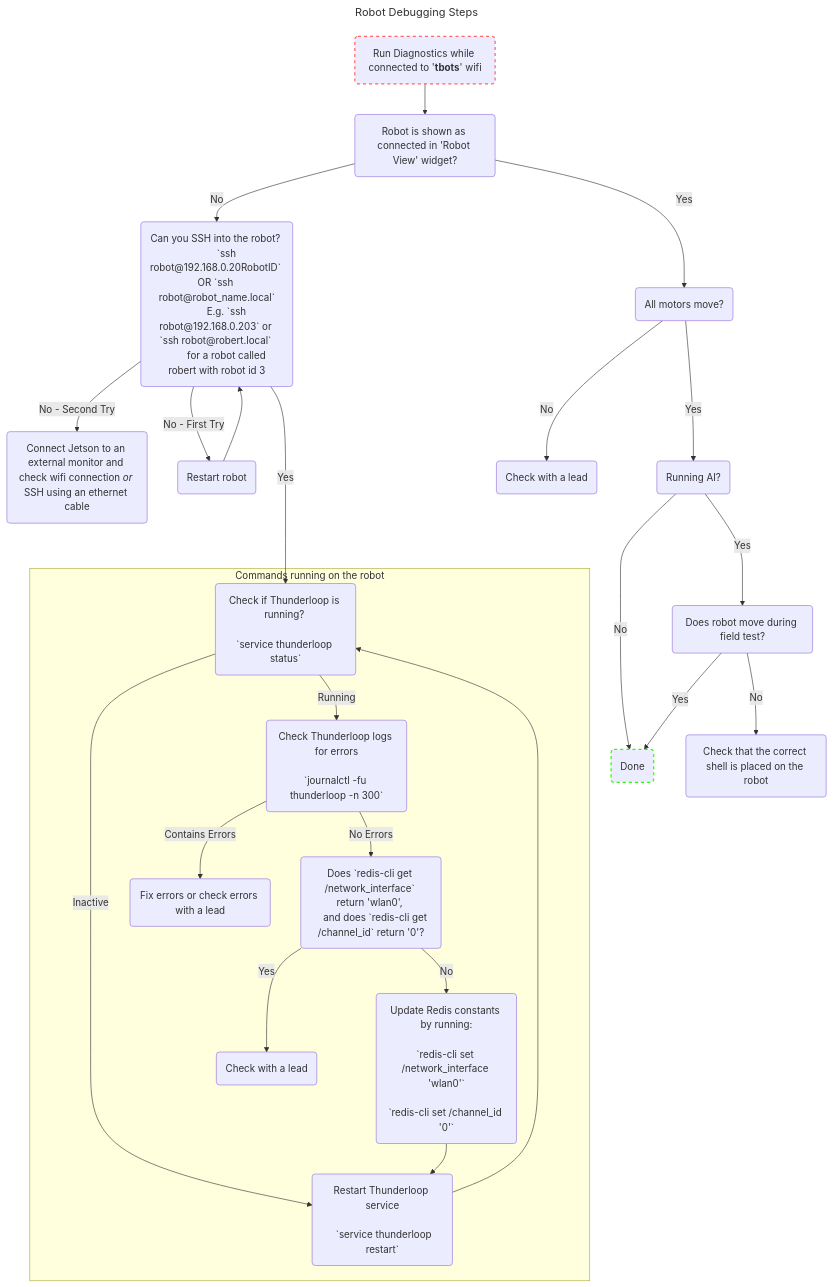
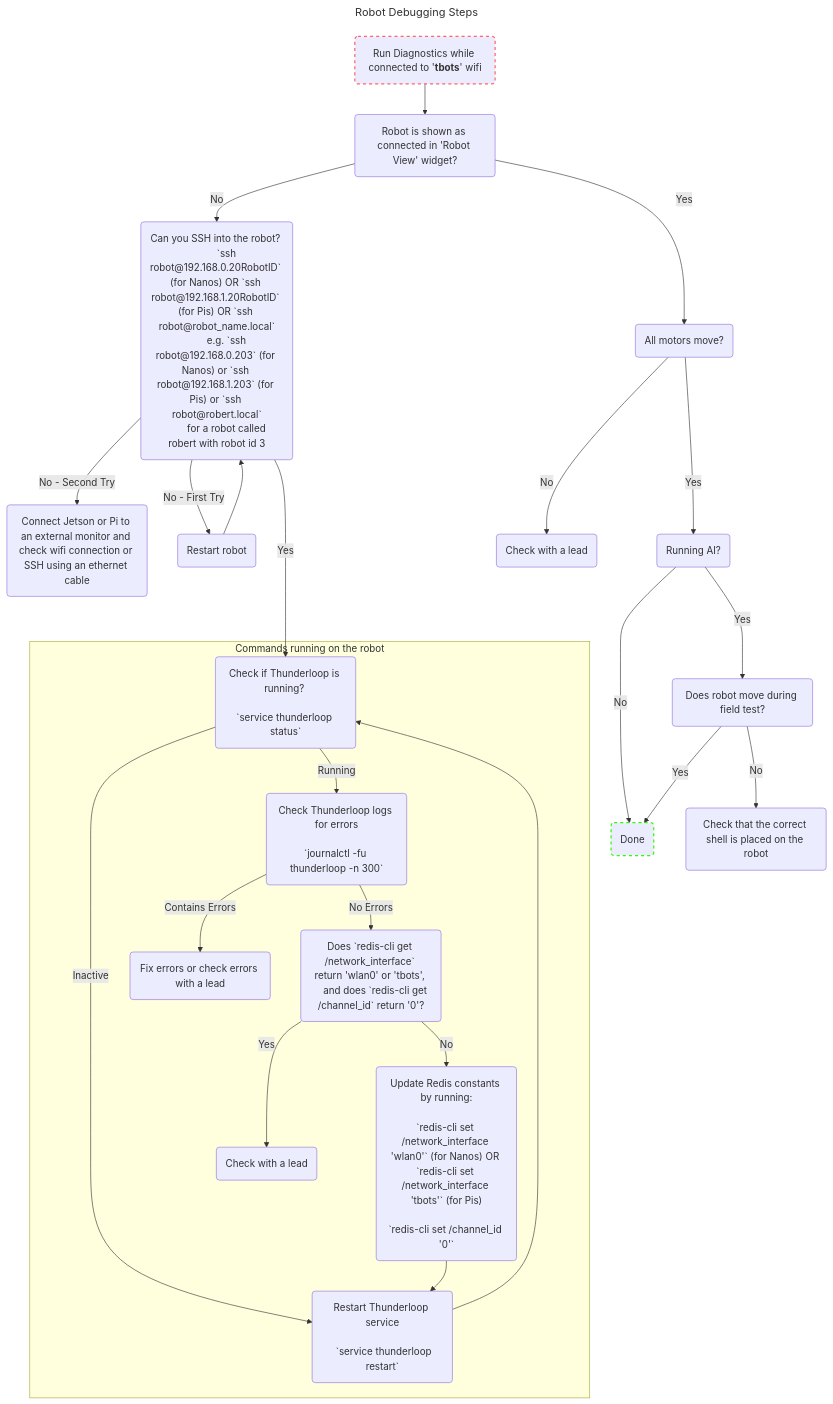
The diagram in docs/useful-robot-commands.md (UBC-Thunderbots/Software), drawn with Mermaid before and after one commit. The commit also changed other lines of this file and 120 other files, not shown here.

````diff
--- a/docs/useful-robot-commands.md
+++ b/docs/useful-robot-commands.md
@@ -19,48 +27,48 @@
 ```mermaid
 ---
 title: Robot Debugging Steps
 ---
 flowchart TD
-    ssh(Can you SSH into the robot? 
-        `ssh robot@192.168.0.20RobotID` OR `ssh robot@robot_name.local`
-        E.g. `ssh robot@192.168.0.203` or `ssh robot@robert.local` 
-        for a robot called robert with robot id 3)
+    ssh("Can you SSH into the robot? 
+        `ssh robot@192.168.0.20RobotID` (for Nanos) OR `ssh robot@192.168.1.20RobotID` (for Pis) OR `ssh robot@robot_name.local`
+        e.g. `ssh robot@192.168.0.203` (for Nanos) or `ssh robot@192.168.1.203` (for Pis) or `ssh robot@robert.local`
+        for a robot called robert with robot id 3")
     ssh ---> |Yes| tloop_status
-    ssh --> |No - Second Try| monitor("`Connect Jetson to an external monitor and check wifi connection _or_ SSH using an ethernet cable`")
+    ssh --> |No - Second Try| monitor("Connect Jetson or Pi to an external monitor and check wifi connection or SSH using an ethernet cable")
     ssh --> |No - First Try| restart(Restart robot)
     restart --> ssh
 
     diagnostics("`Run Diagnostics while connected to '**tbots**' wifi`") --> robot_view
     robot_view(Robot is shown as connected in 'Robot View' widget?) --> |Yes| check_motors(All motors move?)
     style diagnostics stroke:#f66,stroke-width:2px,stroke-dasharray: 5 5
 
     check_motors -->|Yes| field_test(Running AI?)
     field_test -->|No| done(Done)
     style done stroke:#30fa02,stroke-width:2px,stroke-dasharray: 5 5
     field_test -->|Yes| field_test_moves(Does robot move during field test?)
     field_test_moves --> |No| check_shell("`Check that the correct shell is placed on the robot`")
     check_shell
     field_test_moves --> |Yes| done
 
     robot_view --> |No| ssh
     check_motors -->|No| rip
     rip(Check with a lead)
                   
     subgraph ssh_graph [Commands running on the robot]
     tloop_status(Check if Thunderloop is running? 
                                `service thunderloop status`)
     tloop_status --> |Inactive| tloop_restart(Restart Thunderloop service
                                               `service thunderloop restart`)
     tloop_status --> |Running| tloop_logs(Check Thunderloop logs for errors
                                           `journalctl -fu thunderloop -n 300`)
-    tloop_logs --> |No Errors| check_redis(Does `redis-cli get /network_interface` return 'wlan0', 
+    tloop_logs --> |No Errors| check_redis(Does `redis-cli get /network_interface` return 'wlan0' or 'tbots', 
     and does `redis-cli get /channel_id` return '0'?)
-    tloop_logs --> |Contains Errors| rip2("`Fix errors or check errors with a lead`")
-    check_redis --> |No| update_redis(Update Redis constants by running:
-                                      `redis-cli set /network_interface 'wlan0'`
-                                      `redis-cli set /channel_id '0'`)
+    tloop_logs --> |Contains Errors| rip2("Fix errors or check errors with a lead")
+    check_redis --> |No| update_redis("Update Redis constants by running:
+                                      `redis-cli set /network_interface 'wlan0'` (for Nanos) OR `redis-cli set /network_interface 'tbots'` (for Pis)
+                                      `redis-cli set /channel_id '0'`")
     check_redis --> |Yes| rip3(Check with a lead)
     update_redis --> tloop_restart
     tloop_restart --> tloop_status
     end
 ```
````
